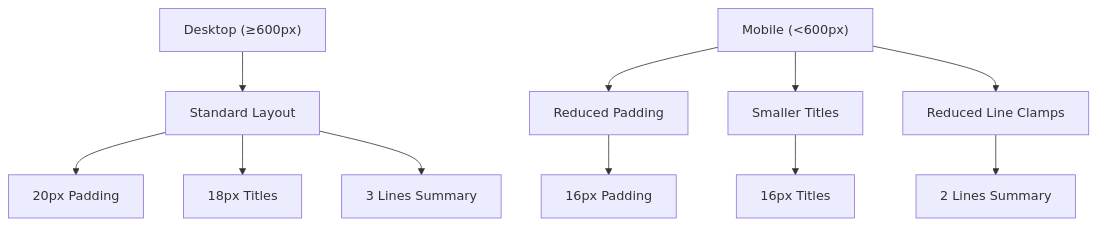
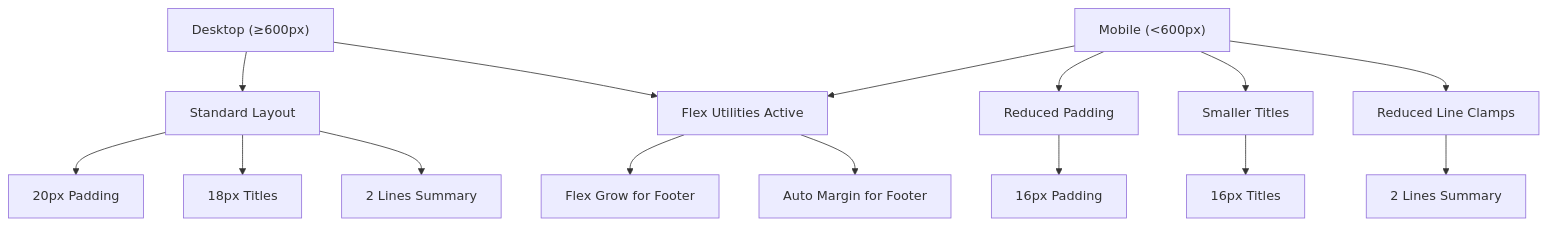
One commit to zbw-zbw/news-aggregator changed the seventh of 9 diagrams in .qoder/repowiki/en/content/Frontend Application/NewsCard Component.md. Above: the diagram before and after it, drawn with Mermaid. The commit also changed other lines of this file and 4 other files, not shown here.

````diff
--- a/.qoder/repowiki/en/content/Frontend Application/NewsCard Component.md
+++ b/.qoder/repowiki/en/content/Frontend Application/NewsCard Component.md
@@ -268,13 +309,17 @@
 ```mermaid
 flowchart TD
 Desktop["Desktop (≥600px)"] --> Standard["Standard Layout"]
 Mobile["Mobile (<600px)"] --> ReducedPadding["Reduced Padding"]
 Mobile --> SmallerTitles["Smaller Titles"]
 Mobile --> LineClampReduction["Reduced Line Clamps"]
 Standard --> DesktopPadding["20px Padding"]
 Standard --> DesktopTitles["18px Titles"]
-Standard --> FullLineClamp["3 Lines Summary"]
+Standard --> FullLineClamp["2 Lines Summary"]
 ReducedPadding --> MobilePadding["16px Padding"]
 SmallerTitles --> MobileTitles["16px Titles"]
 LineClampReduction --> MobileSummary["2 Lines Summary"]
+Desktop --> FlexUtilities["Flex Utilities Active"]
+Mobile --> FlexUtilities["Flex Utilities Active"]
+FlexUtilities --> FlexGrow["Flex Grow for Footer"]
+FlexUtilities --> AutoMargin["Auto Margin for Footer"]
 ```
````
